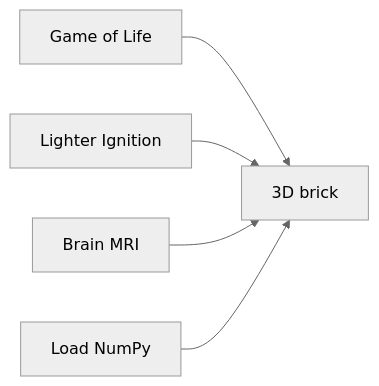
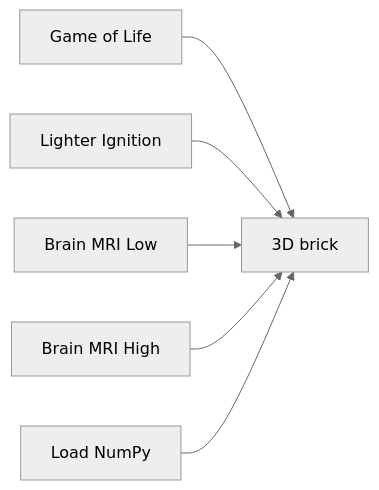
One commit to PiMaV/DONNER changed diagram 13 of 20 in docs/gui.md. Above: the diagram before and after it, drawn with Mermaid (neutral theme). The commit also changed other lines of this file and 19 other files, not shown here.

Commit message:
Ship a 2×-binned Brain MRI Low as the visitor default so native High stays opt-in.

````diff
--- a/docs/gui.md
+++ b/docs/gui.md
@@ -393,11 +396,13 @@
 ```mermaid
 flowchart LR
   life[Game of Life]
   light[Lighter Ignition]
-  brain[Brain MRI]
+  brainLow[Brain MRI Low]
+  brainHigh[Brain MRI High]
   npy[Load NumPy]
   life --> brick[3D brick]
   light --> brick
-  brain --> brick
+  brainLow --> brick
+  brainHigh --> brick
   npy --> brick
 ```
````
